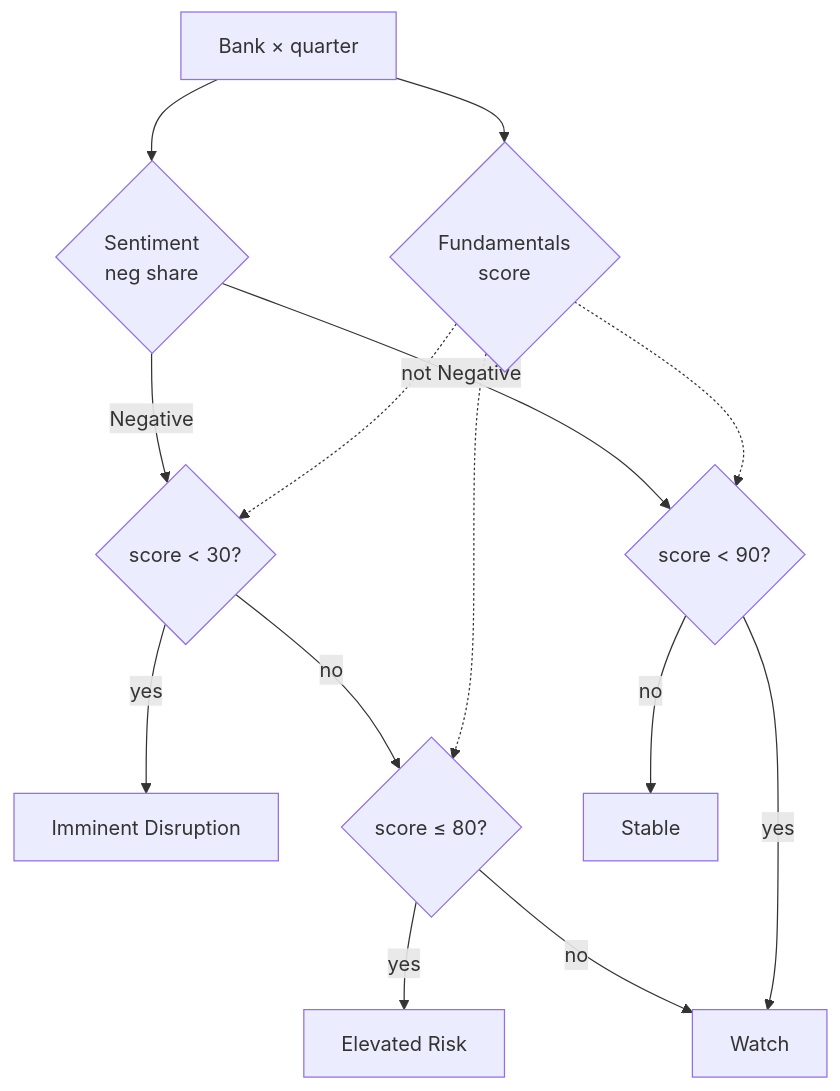
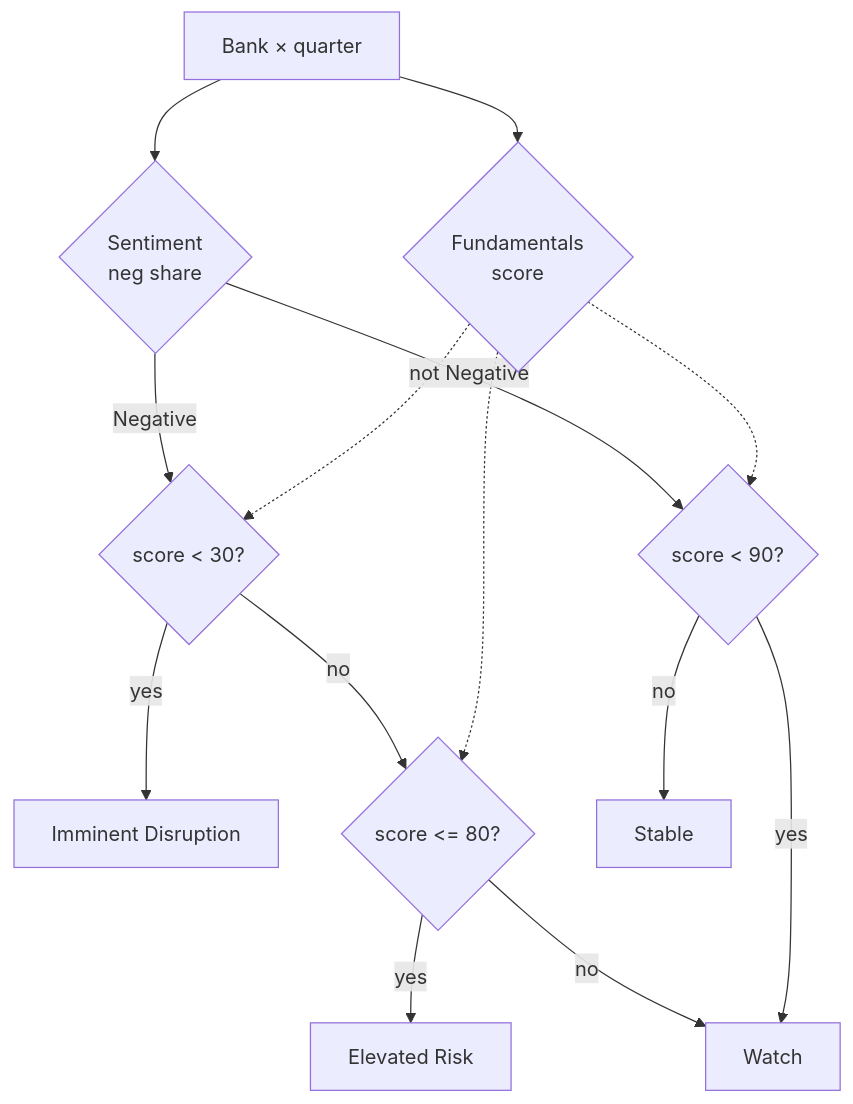
Before and after one commit to HOSH19/PNC_Capstone: the second of 4 diagrams in README.md, drawn with Mermaid. The commit also changed other lines of this file, not shown here.

````diff
--- a/README.md
+++ b/README.md
@@ -53,19 +53,19 @@
 ```mermaid
 flowchart TD
     A[Bank × quarter] --> B{Fundamentals<br/>score}
     A --> C{Sentiment<br/>neg share}
 
     C -->|Negative| D{score < 30?}
     D -->|yes| T4[Imminent Disruption]
-    D -->|no| E{score ≤ 80?}
+    D -->|no| E{score <= 80?}
     E -->|yes| T3[Elevated Risk]
     E -->|no| T2[Watch]
 
     C -->|not Negative| F{score < 90?}
     F -->|yes| T2
     F -->|no| T1[Stable]
 
     B -.-> D
     B -.-> E
     B -.-> F
 ```
````
